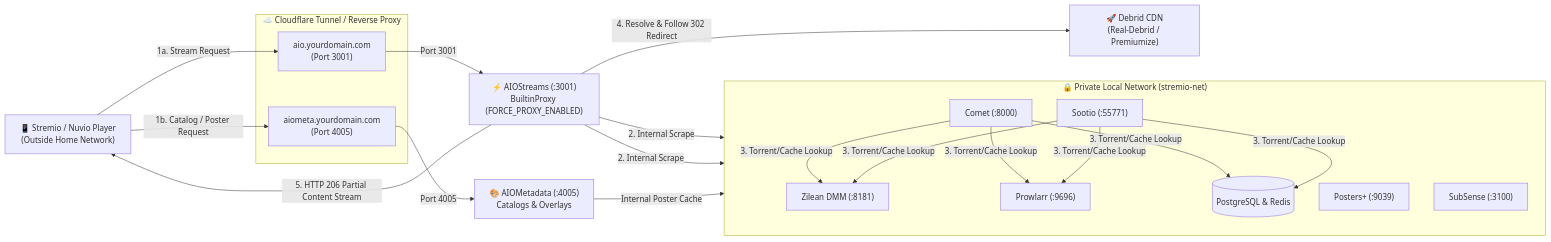
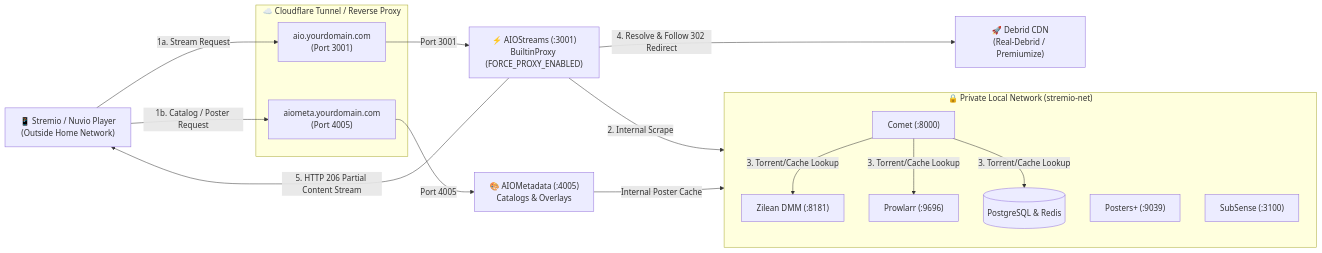
Before and after one commit to oOflyeyesOo/AIOStreams-All-Local: the diagram in README.md, drawn with Mermaid. The commit also changed other lines of this file and 43 other files, not shown here.

Commit message:
refactor: retire Sootio, expand Prowlarr DHT indexers, and streamline 2-path streaming

````diff
--- a/README.md
+++ b/README.md
@@ -117,74 +117,73 @@
 ```mermaid
 
 flowchart LR
 
     Player["📱 Stremio / Nuvio Player<br/>(Outside Home Network)"]
 
     
 
     subgraph Ingress ["☁️ Cloudflare Tunnel / Reverse Proxy"]
 
         TunnelAIO["aio.yourdomain.com<br/>(Port 3001)"]
 
         TunnelMeta["aiometa.yourdomain.com<br/>(Port 4005)"]
 
     end
 
 
 
     AIO["⚡ AIOStreams (:3001)<br/>BuiltinProxy (FORCE_PROXY_ENABLED)"]
 
     AIOMeta["🎨 AIOMetadata (:4005)<br/>Catalogs & Overlays"]
 
     
 
     subgraph Internal ["🔒 Private Local Network (stremio-net)"]
 
         direction TB
 
         Comet["Comet (:8000)"]
 
 
-        Sootio["Sootio (:55771)"]
 
         Zilean["Zilean DMM (:8181)"]
 
         Prowlarr["Prowlarr (:9696)"]
 
         Posters["Posters+ (:9039)"]
 
         SubSense["SubSense (:3100)"]
 
         DB[("PostgreSQL & Redis")]
 
     end
 
     
 
     CDN["🚀 Debrid CDN<br/>(Real-Debrid / Premiumize)"]
 
 
 
     Player -->|1a. Stream Request| TunnelAIO
 
     Player -->|1b. Catalog / Poster Request| TunnelMeta
 
     
 
     TunnelAIO -->|Port 3001| AIO
 
     TunnelMeta -->|Port 4005| AIOMeta
 
     
 
-    AIO -->|2. Internal Scrape| Comet & Sootio
+    AIO -->|2. Internal Scrape| Comet
 
     AIOMeta -->|Internal Poster Cache| Posters
 
-    Comet & Sootio -->|3. Torrent/Cache Lookup| Zilean & Prowlarr & DB
+    Comet -->|3. Torrent/Cache Lookup| Zilean & Prowlarr & DB
 
     AIO -->|4. Resolve & Follow 302 Redirect| CDN
 
     AIO -->|5. HTTP 206 Partial Content Stream| Player
 
 ```
````
